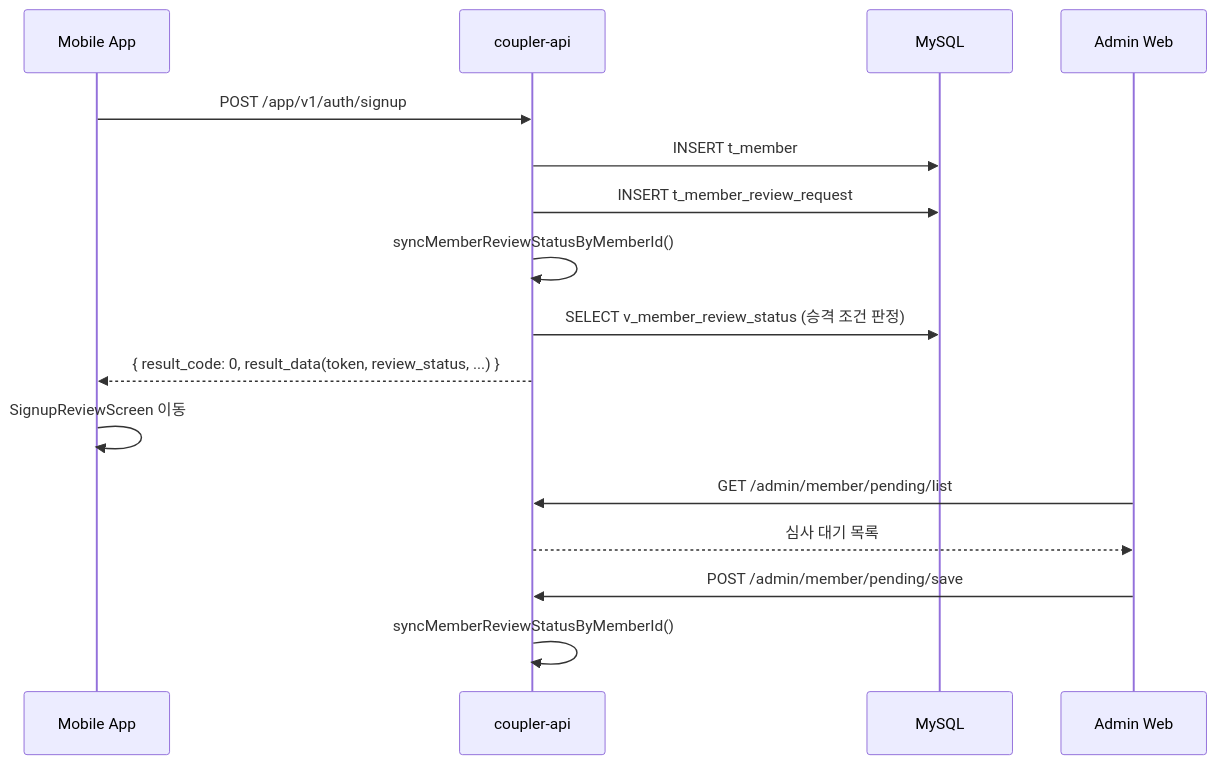
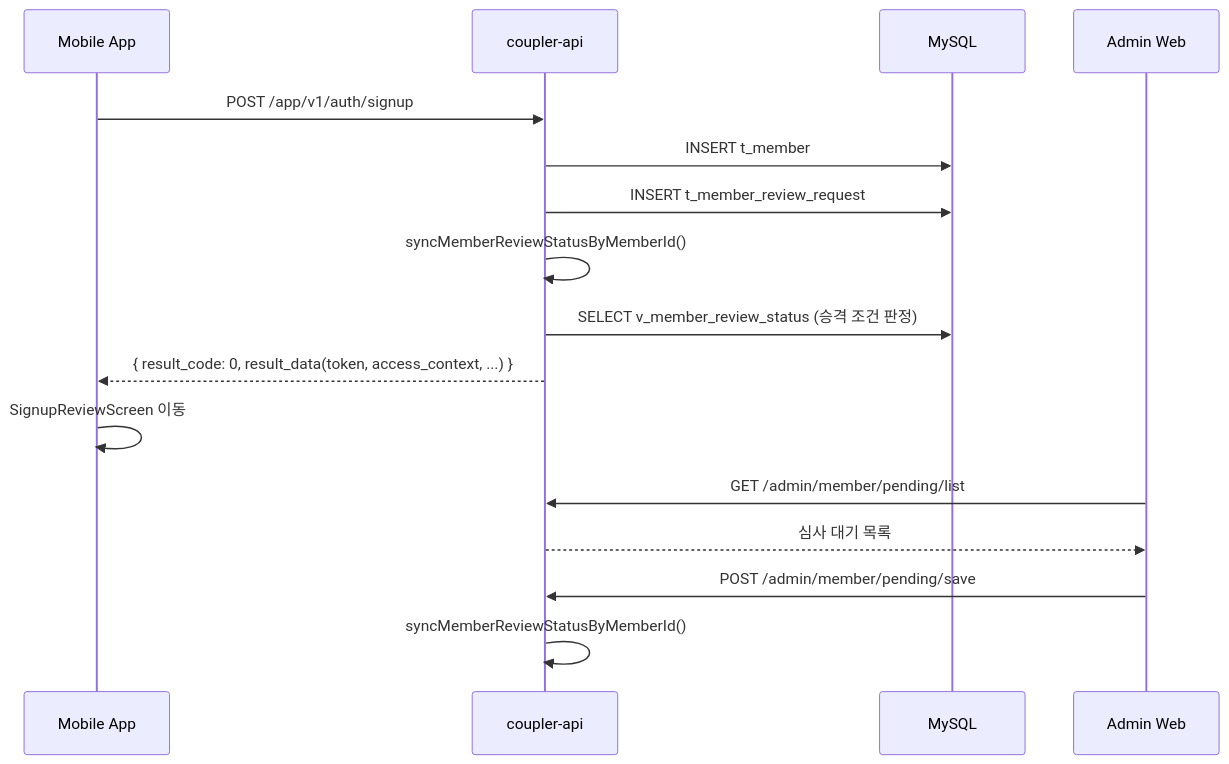
Before and after one commit to coupler-developer/docs: the diagram in content/flows/cross-project/user-registration-flow.md, drawn with Mermaid. The commit also changed other lines of this file and 1 other file, not shown here.

Commit message:
docs: align signup review contract to access_context

````diff
--- a/content/flows/cross-project/user-registration-flow.md
+++ b/content/flows/cross-project/user-registration-flow.md
@@ -15,19 +15,19 @@
 ```mermaid
 sequenceDiagram
     participant App as Mobile App
     participant API as coupler-api
     participant DB as MySQL
     participant Admin as Admin Web
 
     App->>API: POST /app/v1/auth/signup
     API->>DB: INSERT t_member
     API->>DB: INSERT t_member_review_request
     API->>API: syncMemberReviewStatusByMemberId()
     API->>DB: SELECT v_member_review_status (승격 조건 판정)
-    API-->>App: { result_code: 0, result_data(token, review_status, ...) }
+    API-->>App: { result_code: 0, result_data(token, access_context, ...) }
     App->>App: SignupReviewScreen 이동
     Admin->>API: GET /admin/member/pending/list
     API-->>Admin: 심사 대기 목록
     Admin->>API: POST /admin/member/pending/save
     API->>API: syncMemberReviewStatusByMemberId()
 ```
````
